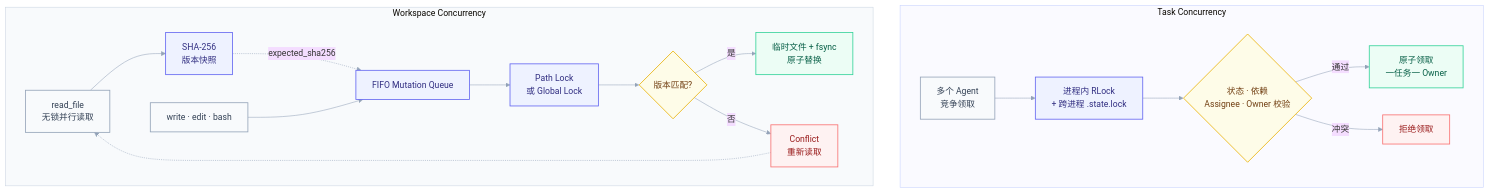
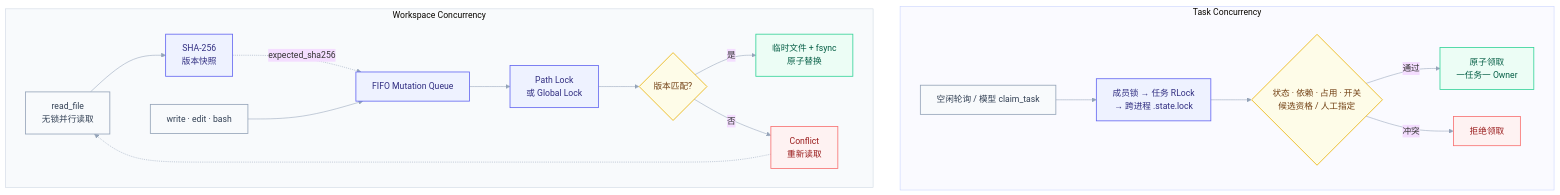
Before and after one commit to zzjzzjzzj423/gugugaga-Agent: the third of 6 diagrams in README.md, drawn with Mermaid. The commit also changed other lines of this file and 16 other files, not shown here.

````diff
--- a/README.md
+++ b/README.md
@@ -114,38 +116,38 @@
 ```mermaid
 %%{init: {"theme":"base","themeVariables":{"fontFamily":"Inter, Segoe UI, Microsoft YaHei","lineColor":"#94A3B8","clusterBkg":"#F8FAFC","clusterBorder":"#E2E8F0"}}}%%
 flowchart TB
     subgraph TASKS["Task Concurrency"]
         direction LR
-        TR["多个 Agent<br/>竞争领取"] --> TL["进程内 RLock<br/>+ 跨进程 .state.lock"]
-        TL --> TV{"状态 · 依赖<br/>Assignee · Owner 校验"}
+        TR["空闲轮询 / 模型 claim_task"] --> TL["成员锁 → 任务 RLock<br/>→ 跨进程 .state.lock"]
+        TL --> TV{"状态 · 依赖 · 占用 · 开关<br/>候选资格 / 人工指定"}
         TV -->|"通过"| TO["原子领取<br/>一任务一 Owner"]
         TV -->|"冲突"| TX["拒绝领取"]
     end
 
     subgraph FILES["Workspace Concurrency"]
         direction LR
         FR["read_file<br/>无锁并行读取"] --> FH["SHA-256<br/>版本快照"]
         FH -.->|"expected_sha256"| FQ["FIFO Mutation Queue"]
         FW["write · edit · bash"] --> FQ
         FQ --> FL["Path Lock<br/>或 Global Lock"]
         FL --> FC{"版本匹配?"}
         FC -->|"是"| FA["临时文件 + fsync<br/>原子替换"]
         FC -->|"否"| RR["Conflict<br/>重新读取"]
         RR -.-> FR
     end
 
     classDef source fill:#F8FAFC,stroke:#94A3B8,color:#334155,stroke-width:1.5px;
     classDef lock fill:#EEF2FF,stroke:#6366F1,color:#312E81,stroke-width:1.5px;
     classDef decision fill:#FEFCE8,stroke:#EAB308,color:#713F12,stroke-width:1.5px;
     classDef success fill:#ECFDF5,stroke:#34D399,color:#065F46,stroke-width:1.5px;
     classDef conflict fill:#FEF2F2,stroke:#F87171,color:#991B1B,stroke-width:1.5px;
 
     class TR,FR,FW source;
     class TL,FH,FQ,FL lock;
     class TV,FC decision;
     class TO,FA success;
     class TX,RR conflict;
 
     style TASKS fill:#FAFAFF,stroke:#C7D2FE,stroke-width:1px
     style FILES fill:#F8FAFC,stroke:#CBD5E1,stroke-width:1px
 ```
````
